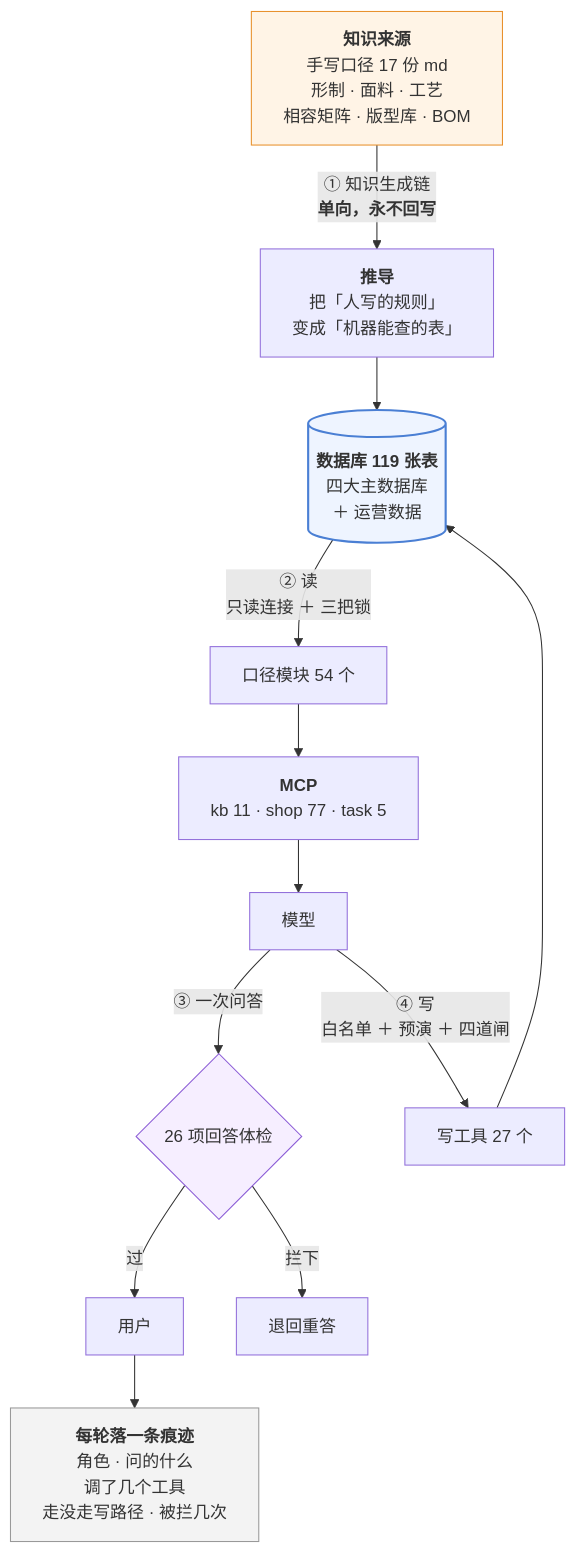
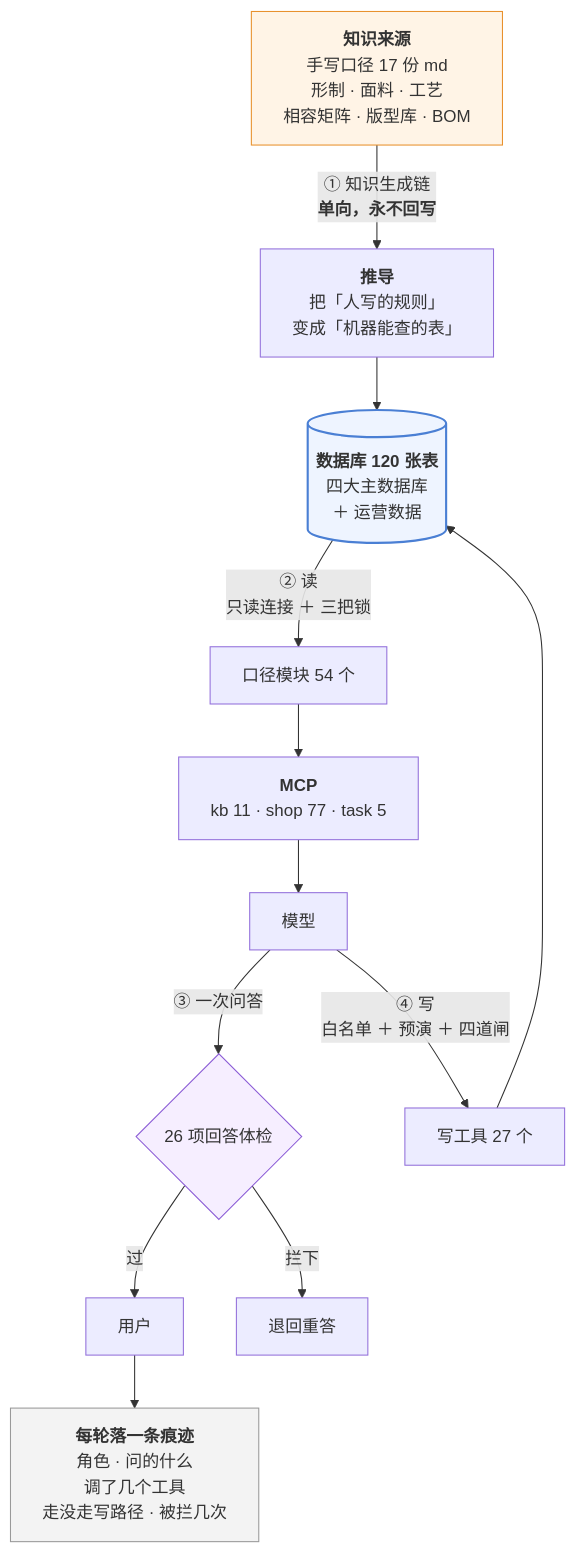
One commit to 843773296-rgb/lanxiu-yunshang-agent changed the third of 3 diagrams in 澜绣云裳agent-产品说明.md. Above: the diagram before and after it, drawn with Mermaid. The commit also changed other lines of this file and 14 other files, not shown here.

````diff
--- a/澜绣云裳agent-产品说明.md
+++ b/澜绣云裳agent-产品说明.md
@@ -969,24 +969,24 @@
 ```mermaid
 flowchart TD
     MD["<b>知识来源</b><br/>手写口径 17 份 md<br/>形制 · 面料 · 工艺<br/>相容矩阵 · 版型库 · BOM"]
     MD -->|"① 知识生成链<br/><b>单向，永不回写</b>"| DV["<b>推导</b><br/>把「人写的规则」<br/>变成「机器能查的表」"]
-    DV --> DB[("<b>数据库 119 张表</b><br/>四大主数据库<br/>＋ 运营数据")]
+    DV --> DB[("<b>数据库 120 张表</b><br/>四大主数据库<br/>＋ 运营数据")]
 
     DB -->|"② 读<br/>只读连接 ＋ 三把锁"| KJ["口径模块 54 个"]
     KJ --> MCP["<b>MCP</b><br/>kb 11 · shop 77 · task 5"]
     MCP --> LLM["模型"]
 
     LLM -->|"③ 一次问答"| GD{"26 项回答体检"}
     GD -- 过 --> U["用户"]
     GD -- 拦下 --> RE["退回重答"]
 
     LLM -->|"④ 写<br/>白名单 ＋ 预演 ＋ 四道闸"| W["写工具 27 个"]
     W --> DB
 
     U --> TR["<b>每轮落一条痕迹</b><br/>角色 · 问的什么<br/>调了几个工具<br/>走没走写路径 · 被拦几次"]
 
     style MD fill:#fff4e6,stroke:#e8912d
     style DB fill:#eef4ff,stroke:#4a7fd4,stroke-width:2px
     style GD fill:#f6eeff,stroke:#8b5cd6
     style TR fill:#f3f3f3,stroke:#999
 ```
````
